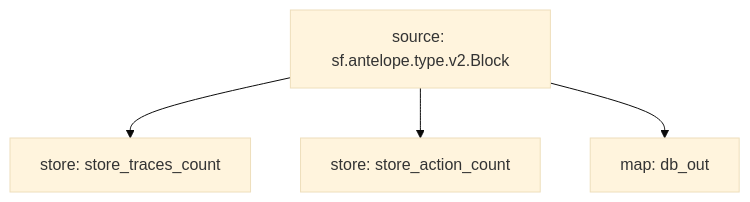
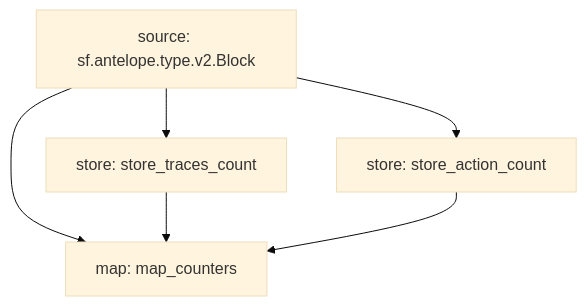
One commit to pinax-network/subtivity-substreams changed the diagram in stores/antelope/README.md. Above: the diagram before and after it, drawn with Mermaid (base theme). The commit also changed other lines of this file and 1 other file, not shown here.

````diff
--- a/stores/antelope/README.md
+++ b/stores/antelope/README.md
@@ -11,9 +11,11 @@
 ```mermaid
 graph TD;
   store_traces_count[store: store_traces_count]
   sf.antelope.type.v2.Block[source: sf.antelope.type.v2.Block] --> store_traces_count
   store_action_count[store: store_action_count]
   sf.antelope.type.v2.Block[source: sf.antelope.type.v2.Block] --> store_action_count
-  db_out[map: db_out]
-  sf.antelope.type.v2.Block[source: sf.antelope.type.v2.Block] --> db_out
+  map_counters[map: map_counters]
+  sf.antelope.type.v2.Block[source: sf.antelope.type.v2.Block] --> map_counters
+  store_traces_count --> map_counters
+  store_action_count --> map_counters
 ```
````
